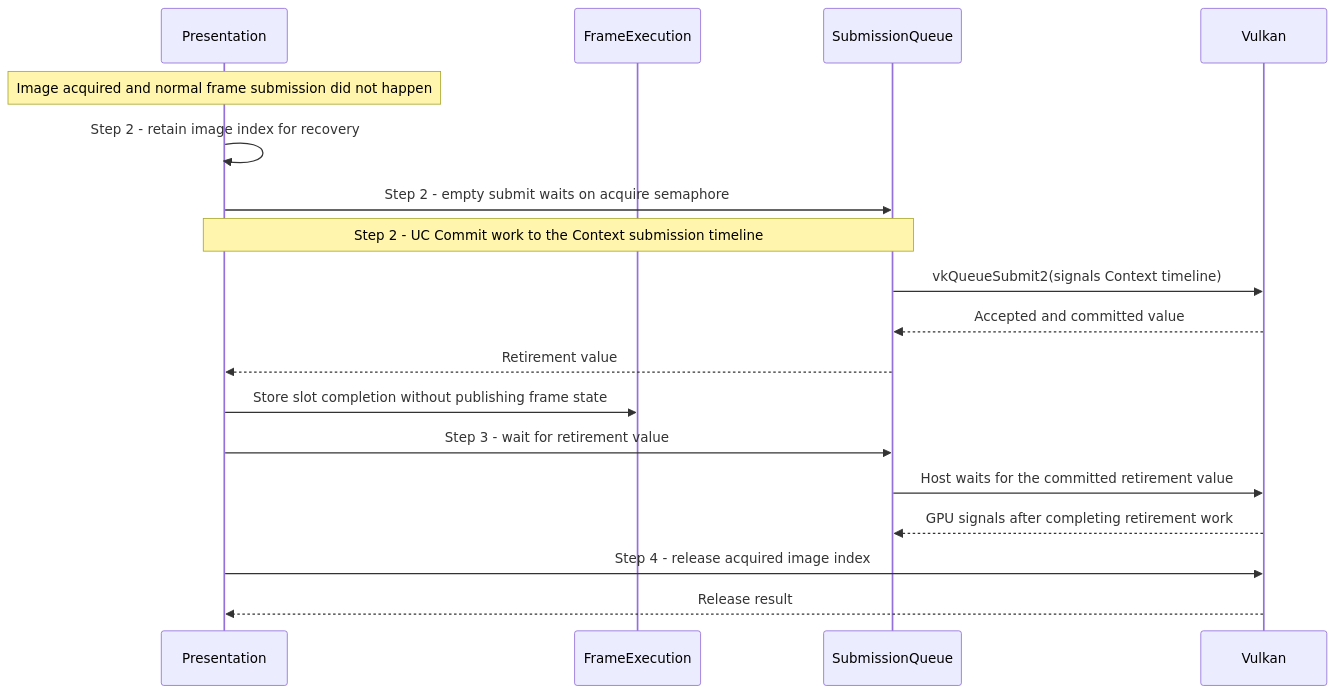
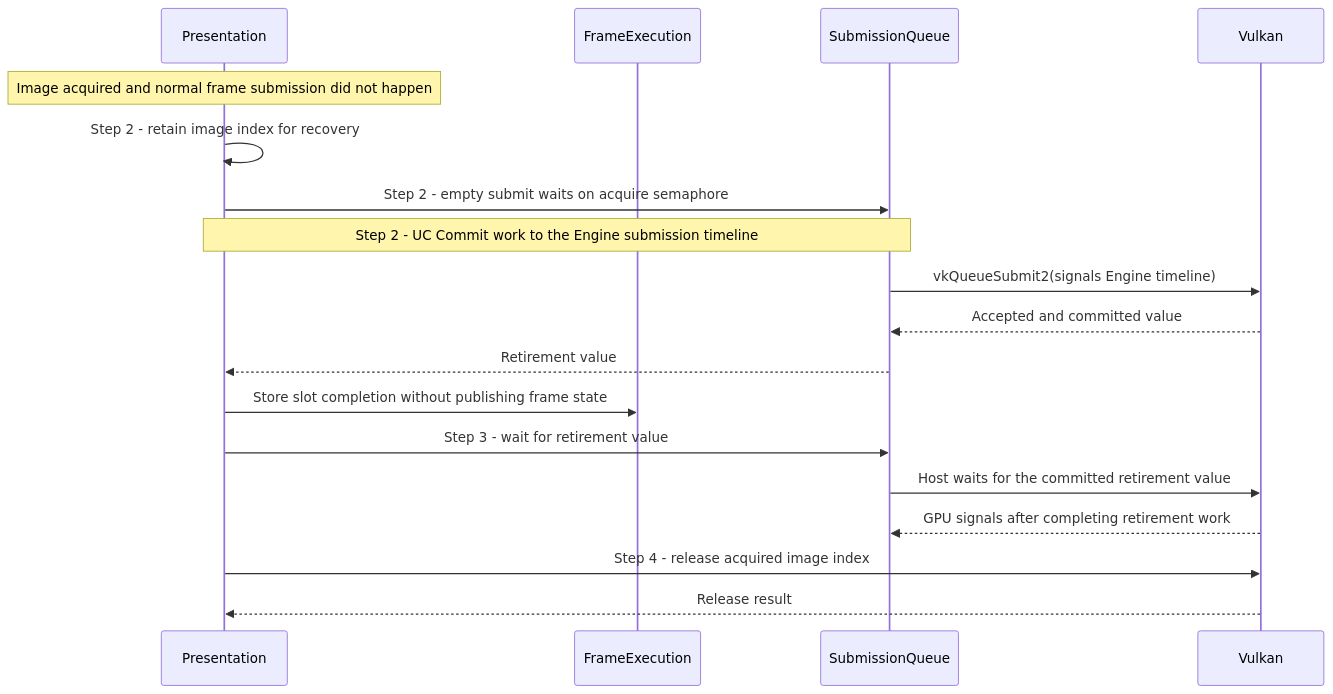
Before and after one commit to a-soltysik/Panda: the diagram in docs/use-cases/retire-acquired-image.md, drawn with Mermaid. The commit also changed other lines of this file and 158 other files, not shown here.

Commit message:
Refactor Vulkan Context API to Engine (#120)

````diff
--- a/docs/use-cases/retire-acquired-image.md
+++ b/docs/use-cases/retire-acquired-image.md
@@ -28,20 +28,20 @@
 ```mermaid
 sequenceDiagram
     participant P as Presentation
     participant E as FrameExecution
     participant Q as SubmissionQueue
     participant V as Vulkan
     Note over P: Image acquired and normal frame submission did not happen
     P->>P: Step 2 - retain image index for recovery
     P->>Q: Step 2 - empty submit waits on acquire semaphore
-    Note over P,Q: Step 2 - UC Commit work to the Context submission timeline
-    Q->>V: vkQueueSubmit2(signals Context timeline)
+    Note over P,Q: Step 2 - UC Commit work to the Engine submission timeline
+    Q->>V: vkQueueSubmit2(signals Engine timeline)
     V-->>Q: Accepted and committed value
     Q-->>P: Retirement value
     P->>E: Store slot completion without publishing frame state
     P->>Q: Step 3 - wait for retirement value
     Q->>V: Host waits for the committed retirement value
     V-->>Q: GPU signals after completing retirement work
     P->>V: Step 4 - release acquired image index
     V-->>P: Release result
 ```
````
